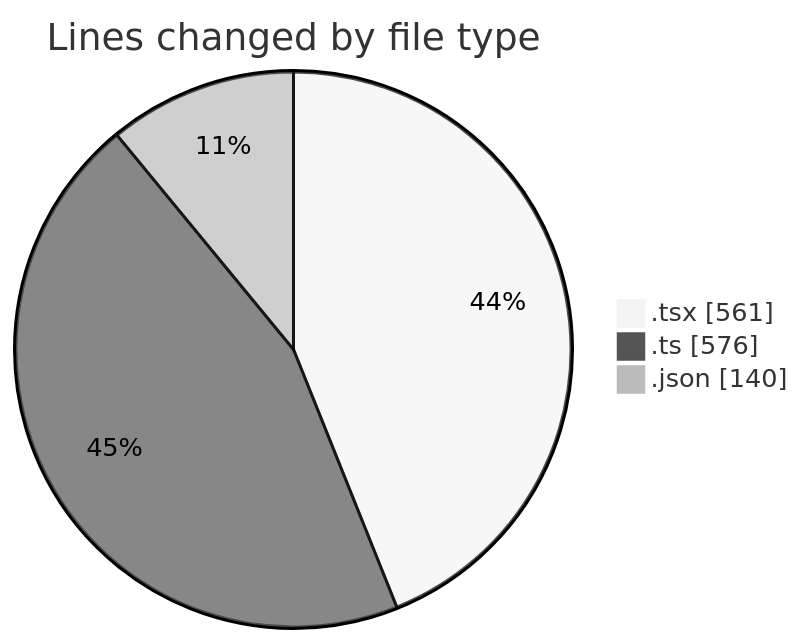
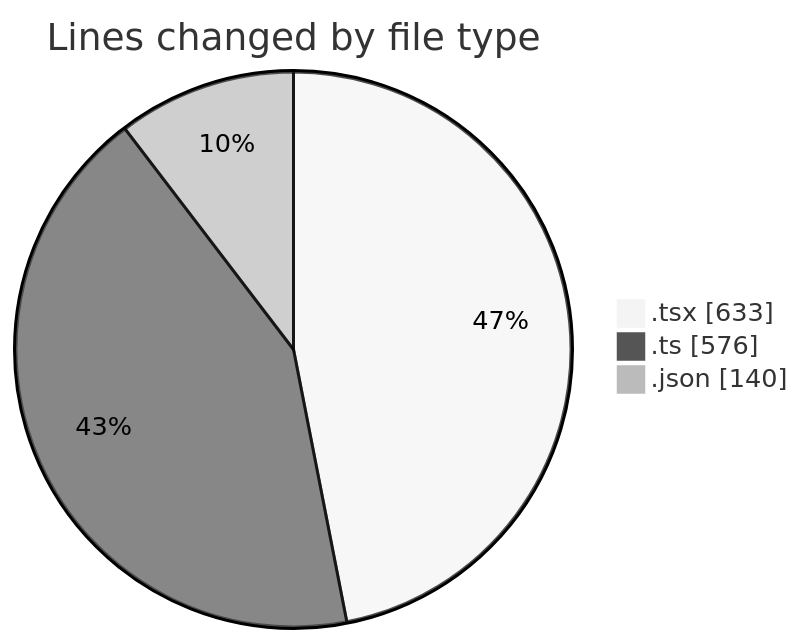
The first of 2 diagrams in 2026-03-27/cda/README.md (momahboobian/code-tracking), drawn with Mermaid (neutral theme) before and after one commit. The commit also changed other lines of this file and 1 other file, not shown here.

````diff
--- a/2026-03-27/cda/README.md
+++ b/2026-03-27/cda/README.md
@@ -26,7 +28,7 @@
 ```mermaid
 pie showData
 title Lines changed by file type
-".tsx" : 561
+".tsx" : 633
 ".ts" : 576
 ".json" : 140
 ```
````
